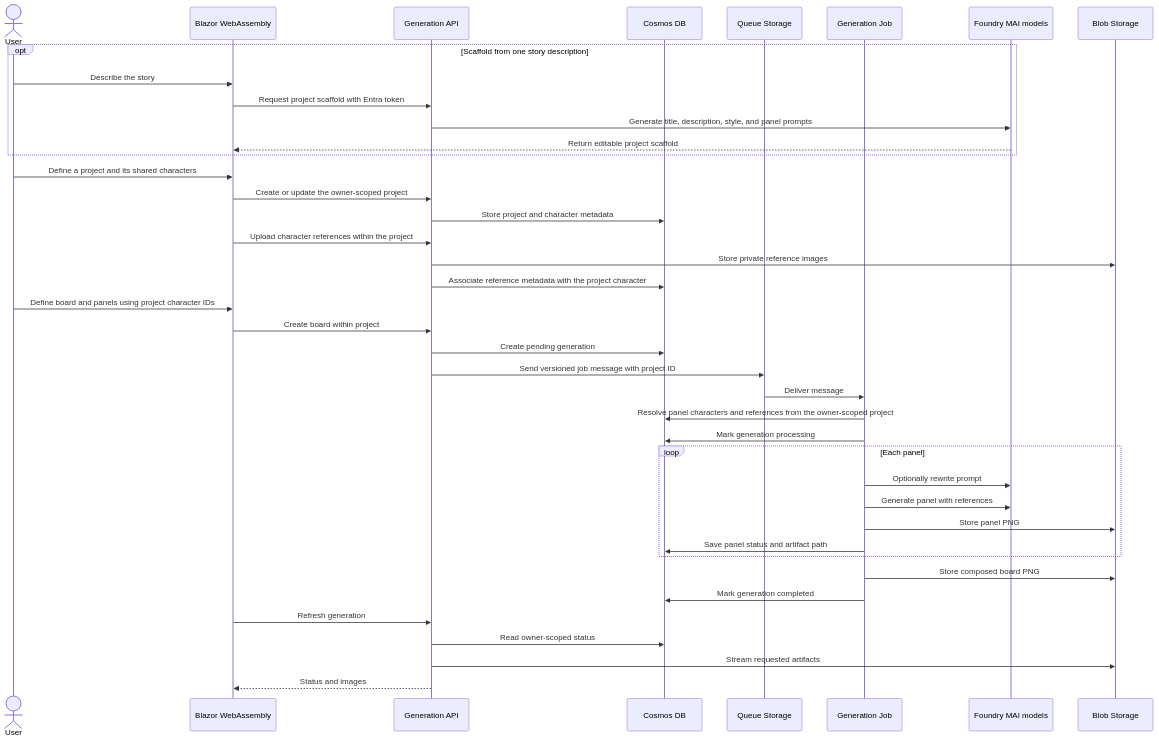
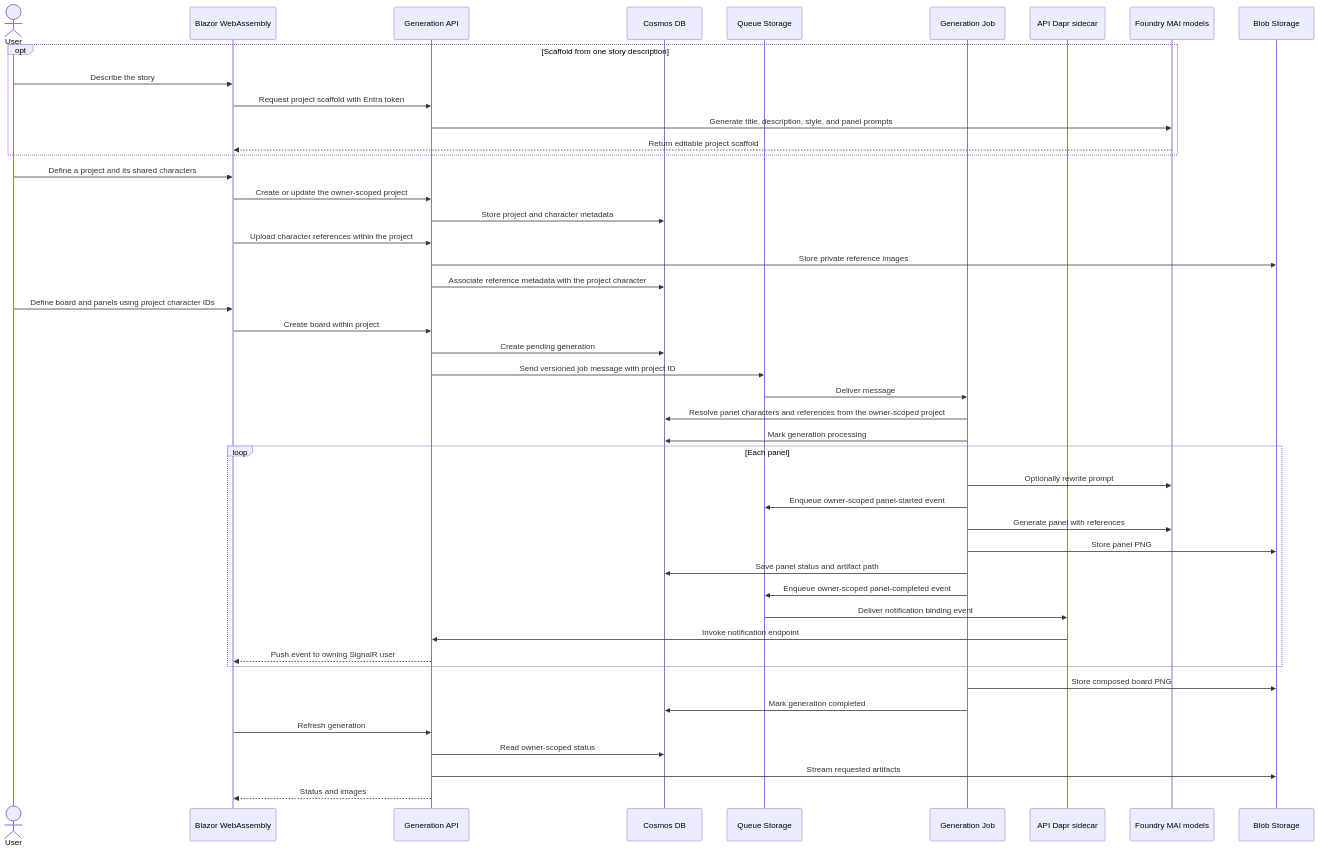
The second of 2 diagrams in docs/architecture.md (mathieumack/foundry-comics-mai), drawn with Mermaid before and after one commit. The commit also changed other lines of this file and 9 other files, not shown here.

Commit message:
Add per-user panel generation notifications

````diff
--- a/docs/architecture.md
+++ b/docs/architecture.md
@@ -45,42 +45,48 @@
 ```mermaid
 sequenceDiagram
     actor User
     participant Web as Blazor WebAssembly
     participant API as Generation API
     participant DB as Cosmos DB
     participant Queue as Queue Storage
     participant Job as Generation Job
+    participant Dapr as API Dapr sidecar
     participant MAI as Foundry MAI models
     participant Blob as Blob Storage
     opt Scaffold from one story description
         User->>Web: Describe the story
         Web->>API: Request project scaffold with Entra token
         API->>MAI: Generate title, description, style, and panel prompts
         MAI-->>Web: Return editable project scaffold
     end
     User->>Web: Define a project and its shared characters
     Web->>API: Create or update the owner-scoped project
     API->>DB: Store project and character metadata
     Web->>API: Upload character references within the project
     API->>Blob: Store private reference images
     API->>DB: Associate reference metadata with the project character
     User->>Web: Define board and panels using project character IDs
     Web->>API: Create board within project
     API->>DB: Create pending generation
     API->>Queue: Send versioned job message with project ID
     Queue->>Job: Deliver message
     Job->>DB: Resolve panel characters and references from the owner-scoped project
     Job->>DB: Mark generation processing
     loop Each panel
         Job->>MAI: Optionally rewrite prompt
+        Job->>Queue: Enqueue owner-scoped panel-started event
         Job->>MAI: Generate panel with references
         Job->>Blob: Store panel PNG
         Job->>DB: Save panel status and artifact path
+        Job->>Queue: Enqueue owner-scoped panel-completed event
+        Queue->>Dapr: Deliver notification binding event
+        Dapr->>API: Invoke notification endpoint
+        API-->>Web: Push event to owning SignalR user
     end
     Job->>Blob: Store composed board PNG
     Job->>DB: Mark generation completed
     Web->>API: Refresh generation
     API->>DB: Read owner-scoped status
     API->>Blob: Stream requested artifacts
     API-->>Web: Status and images
 ```
````
